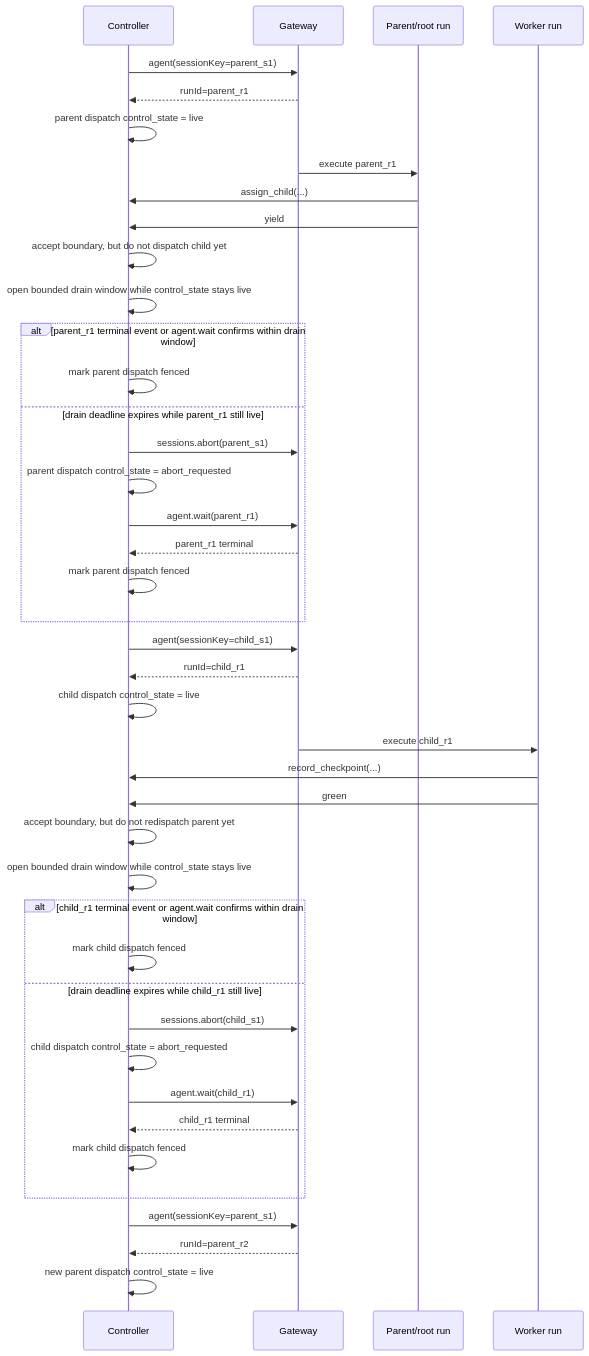
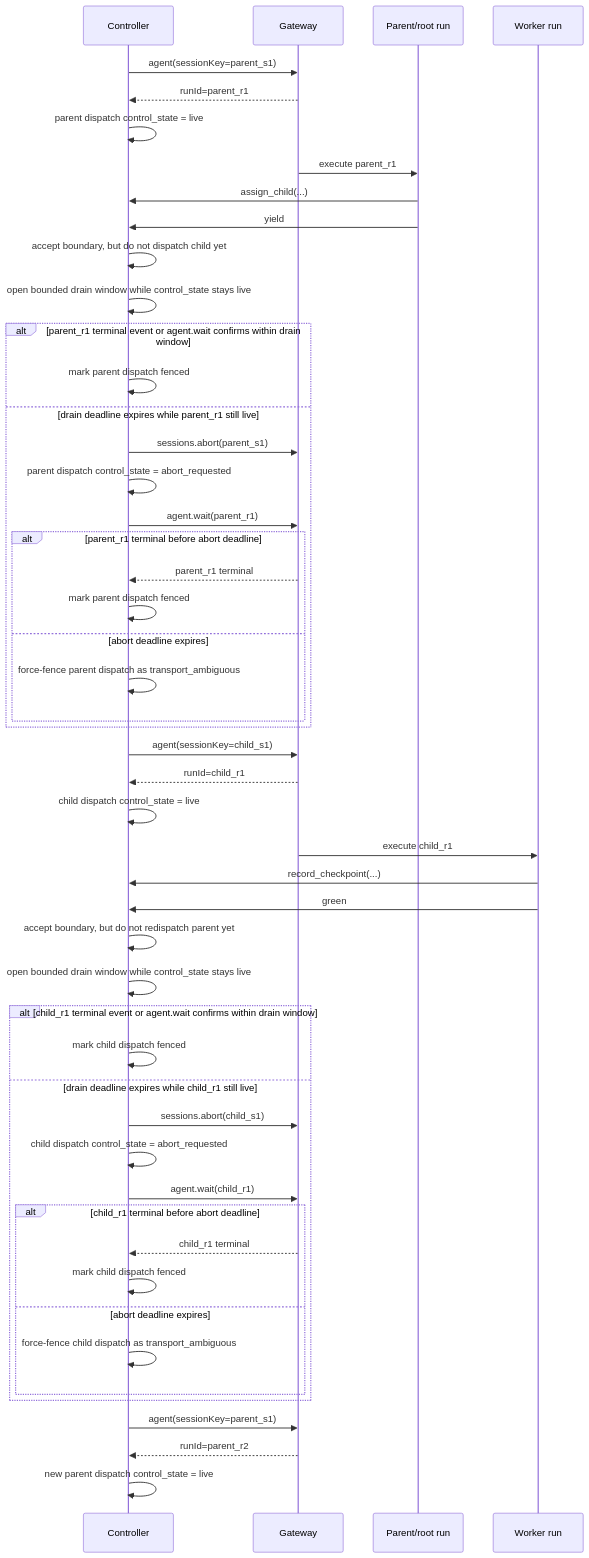
Before and after one commit to ringlochid/AutoClaw: the third of 3 diagrams in docs-internal/design/v1/architecture/runtime-records-and-lifecycle.md, drawn with Mermaid. The commit also changed other lines of this file and 7 other files, not shown here.

Commit message:
feat: Implement dispatch control enhancements for abort and timeout handling

````diff
--- a/docs-internal/design/v1/architecture/runtime-records-and-lifecycle.md
+++ b/docs-internal/design/v1/architecture/runtime-records-and-lifecycle.md
@@ -264,45 +266,53 @@
 ```mermaid
 sequenceDiagram
     participant C as Controller
     participant G as Gateway
     participant P as Parent/root run
     participant W as Worker run
 
     C->>G: agent(sessionKey=parent_s1)
     G-->>C: runId=parent_r1
     C->>C: parent dispatch control_state = live
     G->>P: execute parent_r1
     P->>C: assign_child(...)
     P->>C: yield
     C->>C: accept boundary, but do not dispatch child yet
     C->>C: open bounded drain window while control_state stays live
     alt parent_r1 terminal event or agent.wait confirms within drain window
         C->>C: mark parent dispatch fenced
     else drain deadline expires while parent_r1 still live
         C->>G: sessions.abort(parent_s1)
         C->>C: parent dispatch control_state = abort_requested
         C->>G: agent.wait(parent_r1)
-        G-->>C: parent_r1 terminal
-        C->>C: mark parent dispatch fenced
+        alt parent_r1 terminal before abort deadline
+            G-->>C: parent_r1 terminal
+            C->>C: mark parent dispatch fenced
+        else abort deadline expires
+            C->>C: force-fence parent dispatch as transport_ambiguous
+        end
     end
     C->>G: agent(sessionKey=child_s1)
     G-->>C: runId=child_r1
     C->>C: child dispatch control_state = live
     G->>W: execute child_r1
     W->>C: record_checkpoint(...)
     W->>C: green
     C->>C: accept boundary, but do not redispatch parent yet
     C->>C: open bounded drain window while control_state stays live
     alt child_r1 terminal event or agent.wait confirms within drain window
         C->>C: mark child dispatch fenced
     else drain deadline expires while child_r1 still live
         C->>G: sessions.abort(child_s1)
         C->>C: child dispatch control_state = abort_requested
         C->>G: agent.wait(child_r1)
-        G-->>C: child_r1 terminal
-        C->>C: mark child dispatch fenced
+        alt child_r1 terminal before abort deadline
+            G-->>C: child_r1 terminal
+            C->>C: mark child dispatch fenced
+        else abort deadline expires
+            C->>C: force-fence child dispatch as transport_ambiguous
+        end
     end
     C->>G: agent(sessionKey=parent_s1)
     G-->>C: runId=parent_r2
     C->>C: new parent dispatch control_state = live
 ```
````
